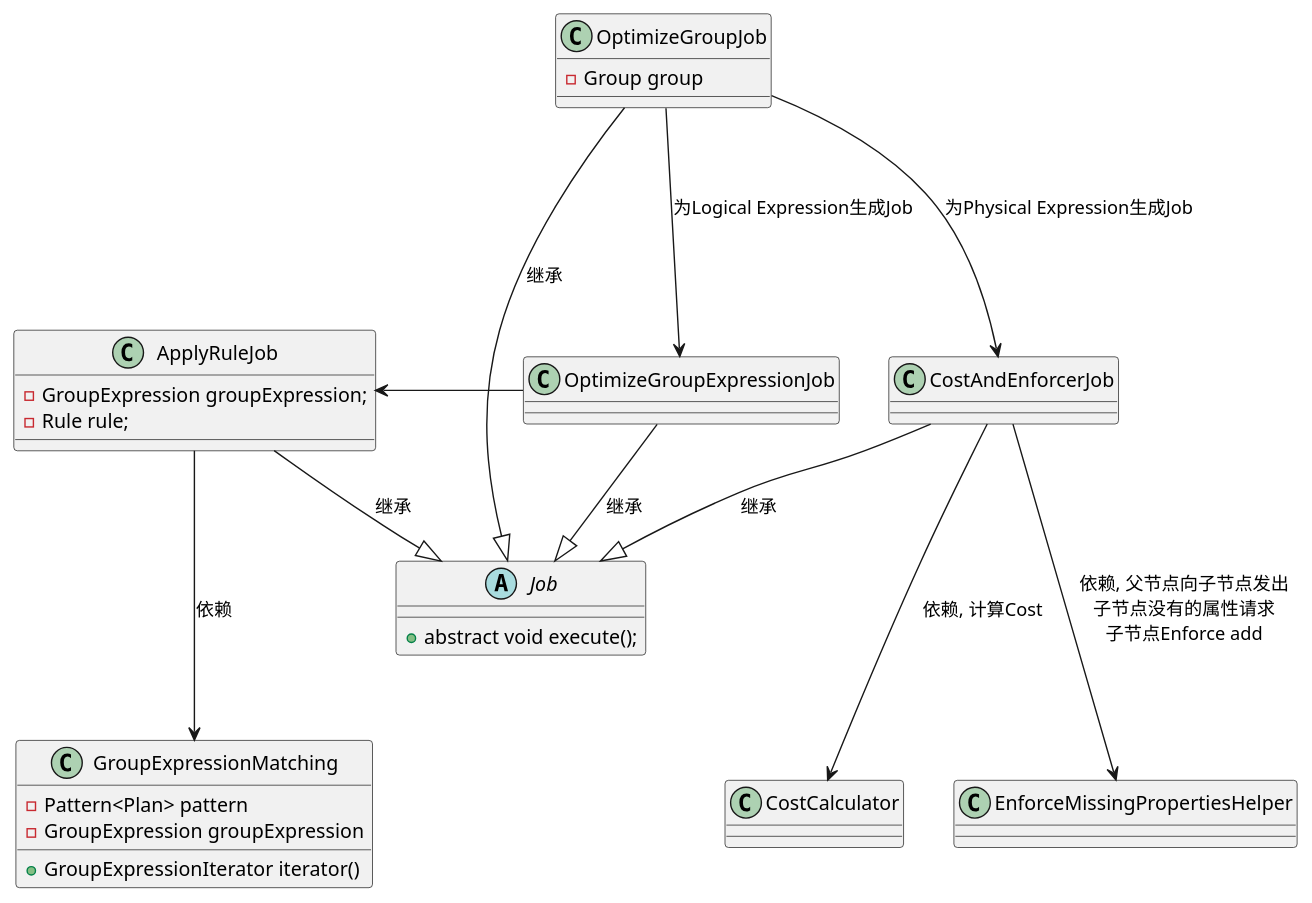
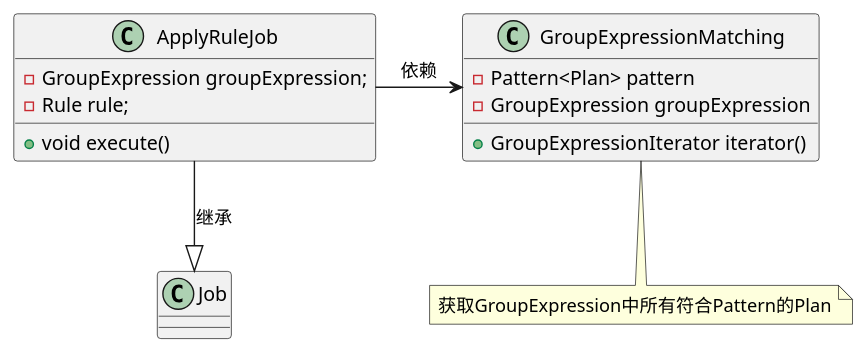
Before and after one commit to DepInjoy/geektime: the fifth of 7 diagrams in doc/DB/Doris/SourceRead/02_00_Optimize.md, drawn with PlantUML. The commit also changed other lines of this file, not shown here.

Commit message:
Doris Optimize Group

````diff
--- a/doc/DB/Doris/SourceRead/02_00_Optimize.md
+++ b/doc/DB/Doris/SourceRead/02_00_Optimize.md
@@ -363,39 +479,19 @@
 ```plantuml
 @startuml
-class OptimizeGroupJob {
-    - Group group
-}
-
-class CostAndEnforcerJob {
-
-}
-
-abstract class Job {
-    + abstract void execute();
-}
-
 class ApplyRuleJob {
     - GroupExpression groupExpression;
     - Rule rule;
+    + void execute()
 }
 
 class GroupExpressionMatching {
     - Pattern<Plan> pattern
     - GroupExpression groupExpression
     + GroupExpressionIterator iterator()
 }
+note bottom : 获取GroupExpression中所有符合Pattern的Plan
 
-OptimizeGroupJob -down-|> Job : 继承
-OptimizeGroupJob -down--> OptimizeGroupExpressionJob : 为Logical Expression生成Job
-OptimizeGroupJob -down--> CostAndEnforcerJob : 为Physical Expression生成Job
-CostAndEnforcerJob -down-|> Job : 继承
-OptimizeGroupExpressionJob -down-|> Job : 继承
-
-CostAndEnforcerJob -down--> CostCalculator : 依赖, 计算Cost
-CostAndEnforcerJob -down--> EnforceMissingPropertiesHelper : 依赖, 父节点向子节点发出\n子节点没有的属性请求\n子节点Enforce add
-
-OptimizeGroupExpressionJob -left--> ApplyRuleJob
 ApplyRuleJob -down-|> Job : 继承
-ApplyRuleJob -down--> GroupExpressionMatching : 依赖
+ApplyRuleJob -right--> GroupExpressionMatching : 依赖
 @enduml
 ```
````
